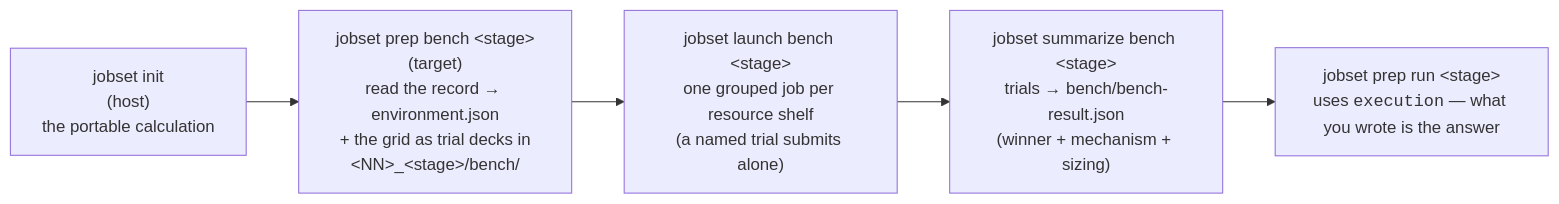
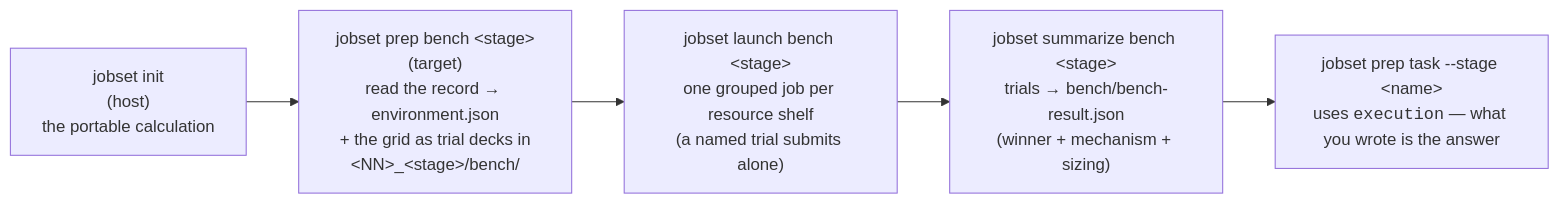
One commit to Qing-LAB/molbuilder changed the ninth of 10 diagrams in docs/execution/job-system.md. Above: the diagram before and after it, drawn with Mermaid. The commit also changed other lines of this file and 30 other files, not shown here.

````diff
--- a/docs/execution/job-system.md
+++ b/docs/execution/job-system.md
@@ -1928,9 +1936,9 @@
 ```mermaid
 flowchart LR
     D["jobset init<br/>(host)<br/>the portable calculation"]
     P["jobset prep bench &lt;stage&gt;<br/>(target)<br/>read the record → environment.json<br/>+ the grid as trial decks in<br/>&lt;NN&gt;_&lt;stage&gt;/bench/"]
     R["jobset launch bench &lt;stage&gt;<br/>one grouped job per resource shelf<br/>(a named trial submits alone)"]
     S["jobset summarize bench &lt;stage&gt;<br/>trials → bench/bench-result.json<br/>(winner + mechanism + sizing)"]
-    PR["jobset prep run &lt;stage&gt;<br/>uses <code>execution</code> — what you wrote is the answer"]
+    PR["jobset prep task --stage &lt;name&gt;<br/>uses <code>execution</code> — what you wrote is the answer"]
     D --> P --> R --> S --> PR
 ```
````
